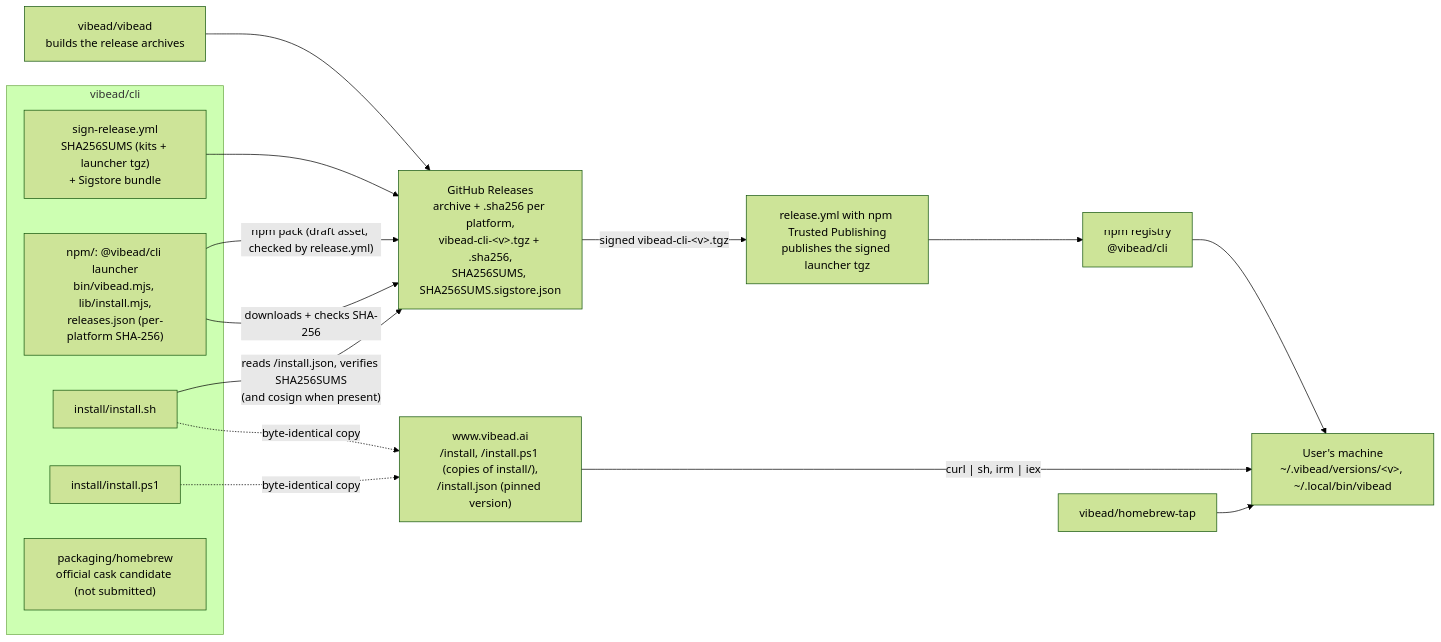
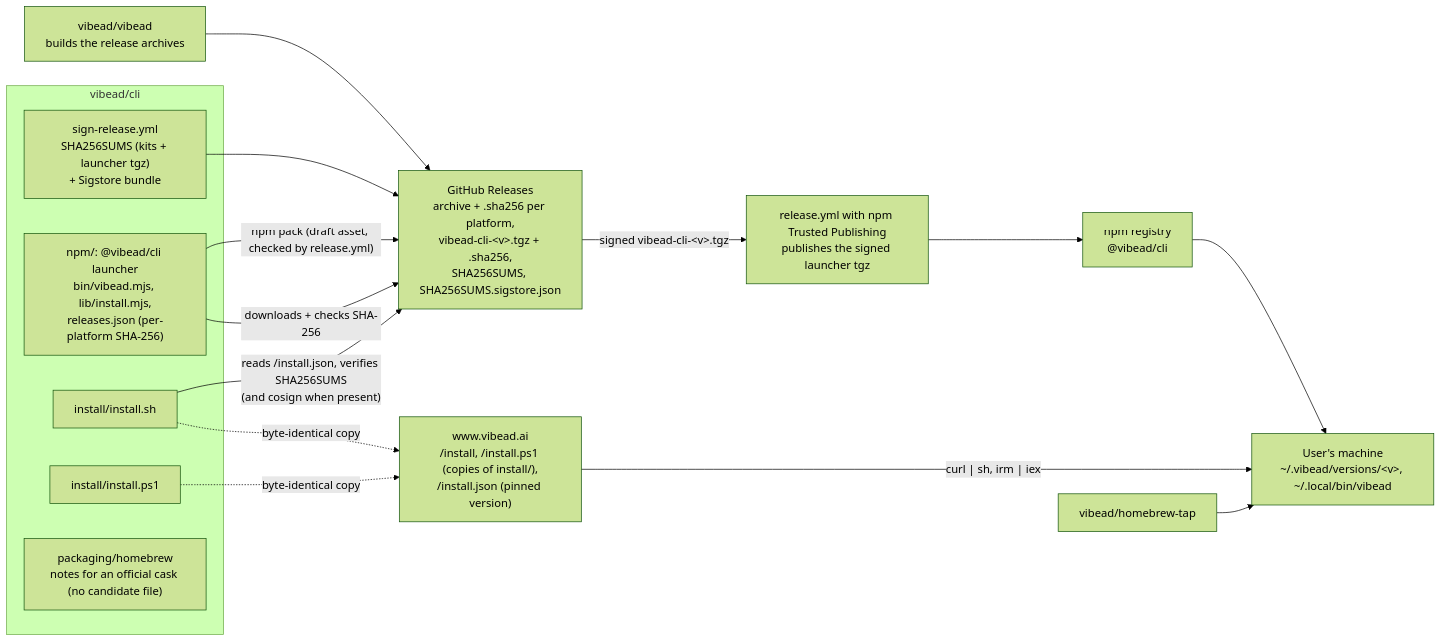
One commit to vibead/cli changed the first of 3 diagrams in docs/system-design/README.md. Above: the diagram before and after it, drawn with Mermaid (forest theme). The commit also changed other lines of this file and 2 other files, not shown here.

Commit message:
Remove the stale beta.12 cask candidate (it linked vibead-beta); keep the official-cask notes; design doc: Homebrew row

````diff
--- a/docs/system-design/README.md
+++ b/docs/system-design/README.md
@@ -19,31 +19,31 @@
 ```mermaid
 flowchart LR
   subgraph Repo["vibead/cli"]
     NPM["npm/: @vibead/cli launcher<br/>bin/vibead.mjs, lib/install.mjs,<br/>releases.json (per-platform SHA-256)"]
     SH["install/install.sh"]
     PS["install/install.ps1"]
     Sign["sign-release.yml<br/>SHA256SUMS (kits + launcher tgz)<br/>+ Sigstore bundle"]
-    Cask["packaging/homebrew<br/>official cask candidate (not submitted)"]
+    Cask["packaging/homebrew<br/>notes for an official cask (no candidate file)"]
   end
   Src["vibead/vibead<br/>builds the release archives"]
   Rel["GitHub Releases<br/>archive + .sha256 per platform,<br/>vibead-cli-&lt;v&gt;.tgz + .sha256,<br/>SHA256SUMS, SHA256SUMS.sigstore.json"]
   Reg["npm registry<br/>@vibead/cli"]
   Tap["vibead/homebrew-tap"]
   Site["www.vibead.ai<br/>/install, /install.ps1 (copies of install/),<br/>/install.json (pinned version)"]
   User["User's machine<br/>~/.vibead/versions/&lt;v&gt;, ~/.local/bin/vibead"]
   TP["release.yml with npm Trusted Publishing<br/>publishes the signed launcher tgz"]
 
   Src --> Rel
   Sign --> Rel
   NPM -- "npm pack (draft asset, checked by release.yml)" --> Rel
   Rel -- "signed vibead-cli-&lt;v&gt;.tgz" --> TP
   TP --> Reg
   Reg --> User
   NPM -- "downloads + checks SHA-256" --> Rel
   Site -- "curl | sh, irm | iex" --> User
   SH -. "byte-identical copy" .-> Site
   PS -. "byte-identical copy" .-> Site
   SH -- "reads /install.json, verifies SHA256SUMS<br/>(and cosign when present)" --> Rel
   Tap --> User
   classDef planned stroke-dasharray: 5 5,fill:#fafafa,color:#555
 ```
````
